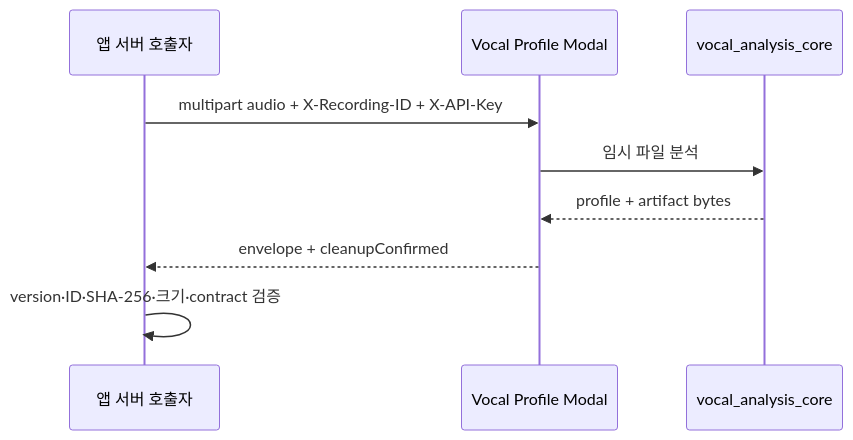
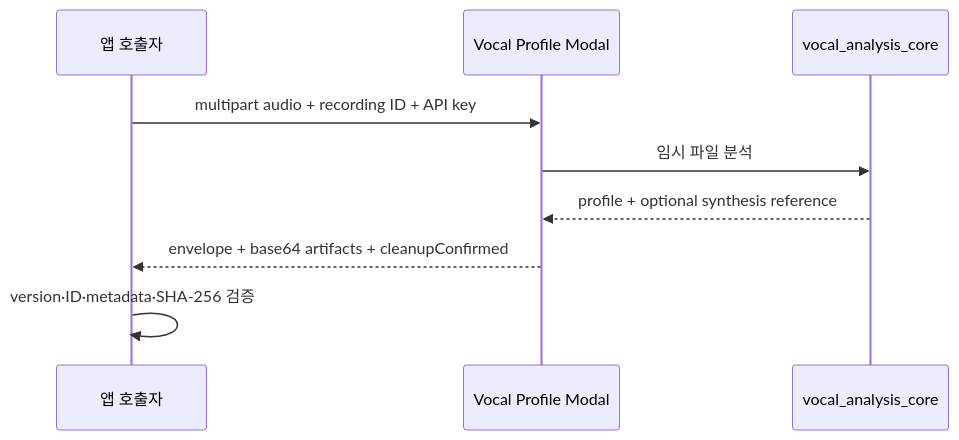
One commit to leey00nsu/copy-singer changed the second of 4 diagrams in openwiki/integrations/external-services.md. Above: the diagram before and after it, drawn with Mermaid. The commit also changed other lines of this file and 40 other files, not shown here.

````diff
--- a/openwiki/integrations/external-services.md
+++ b/openwiki/integrations/external-services.md
@@ -120,11 +147,11 @@
 ```mermaid
 sequenceDiagram
-    participant Worker as 앱 서버 호출자
-    participant Vocal as Vocal Profile Modal
+    participant Caller as 앱 호출자
+    participant Modal as Vocal Profile Modal
     participant Core as vocal_analysis_core
-    Worker->>Vocal: multipart audio + X-Recording-ID + X-API-Key
-    Vocal->>Core: 임시 파일 분석
-    Core-->>Vocal: profile + artifact bytes
-    Vocal-->>Worker: envelope + cleanupConfirmed
-    Worker->>Worker: version·ID·SHA-256·크기·contract 검증
+    Caller->>Modal: multipart audio + recording ID + API key
+    Modal->>Core: 임시 파일 분석
+    Core-->>Modal: profile + optional synthesis reference
+    Modal-->>Caller: envelope + base64 artifacts + cleanupConfirmed
+    Caller->>Caller: version·ID·metadata·SHA-256 검증
 ```
````
